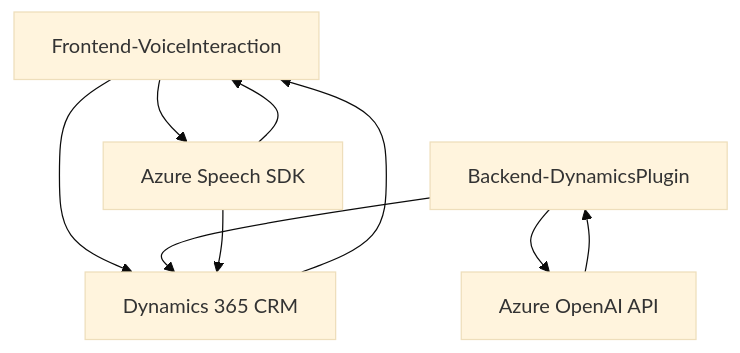
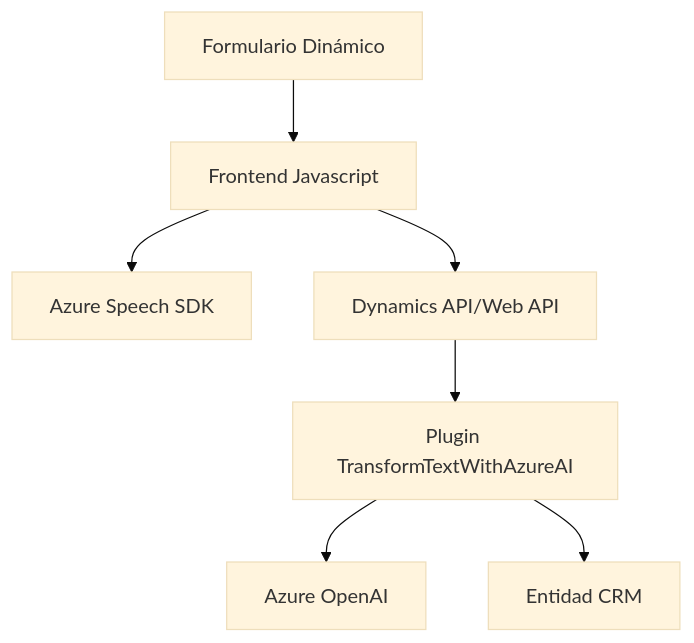
One commit to blopezdm/NETCORE_BILBAO2025 changed the diagram in README.md. Above: the diagram before and after it, drawn with Mermaid (base theme). The commit also changed other lines of this file, not shown here.

````diff
--- a/README.md
+++ b/README.md
@@ -54,17 +27,17 @@
 ```mermaid
 graph TD
-    A[Frontend-VoiceInteraction]
-    B[Backend-DynamicsPlugin]
-    C[Azure Speech SDK]
-    D[Azure OpenAI API]
-    E[Dynamics 365 CRM]
+    A["Frontend Javascript"]
+    B["Azure Speech SDK"]
+    C["Dynamics API/Web API"]
+    D["Plugin TransformTextWithAzureAI"]
+    E["Azure OpenAI"]
+    F["Formulario Dinámico"]
+    G["Entidad CRM"]
 
+    F --> A
+    A --> B
     A --> C
-    A --> E
-    B --> D
-    B --> E
-    C --> A
-    C --> E
-    D --> B
-    E --> A
+    C --> D
+    D --> E
+    D --> G
 ```
````
